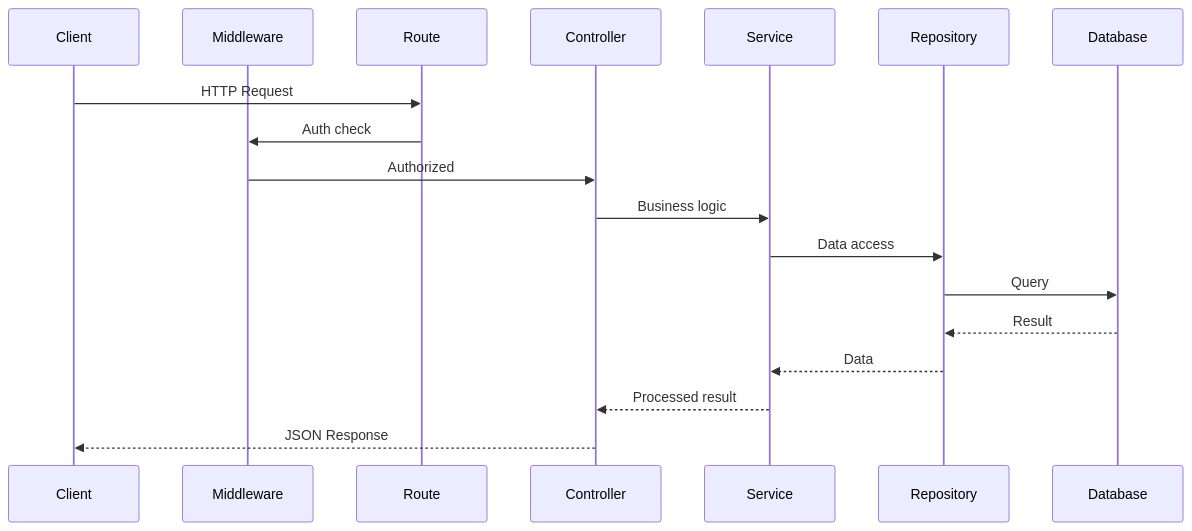
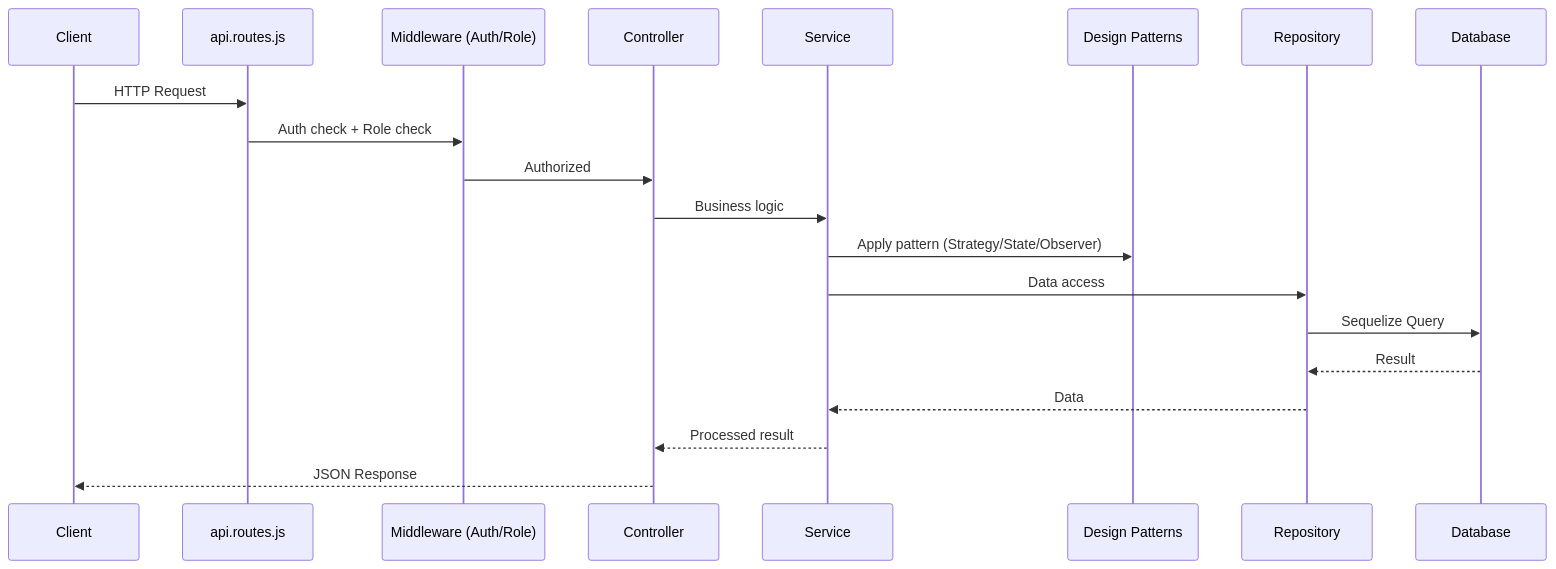
Before and after one commit to nguyensykimbang321-arch/KTvsTKPM: the second of 2 diagrams in docs/architecture.md, drawn with Mermaid. The commit also changed other lines of this file and 7 other files, not shown here.

````diff
--- a/docs/architecture.md
+++ b/docs/architecture.md
@@ -135,21 +156,23 @@
 ```mermaid
 sequenceDiagram
     participant Client
-    participant Middleware
-    participant Route
+    participant Route as api.routes.js
+    participant MW as Middleware (Auth/Role)
     participant Controller
     participant Service
+    participant Pattern as Design Patterns
     participant Repository
     participant Database
 
     Client->>Route: HTTP Request
-    Route->>Middleware: Auth check
-    Middleware->>Controller: Authorized
+    Route->>MW: Auth check + Role check
+    MW->>Controller: Authorized
     Controller->>Service: Business logic
+    Service->>Pattern: Apply pattern (Strategy/State/Observer)
     Service->>Repository: Data access
-    Repository->>Database: Query
+    Repository->>Database: Sequelize Query
     Database-->>Repository: Result
     Repository-->>Service: Data
     Service-->>Controller: Processed result
     Controller-->>Client: JSON Response
 ```
````
